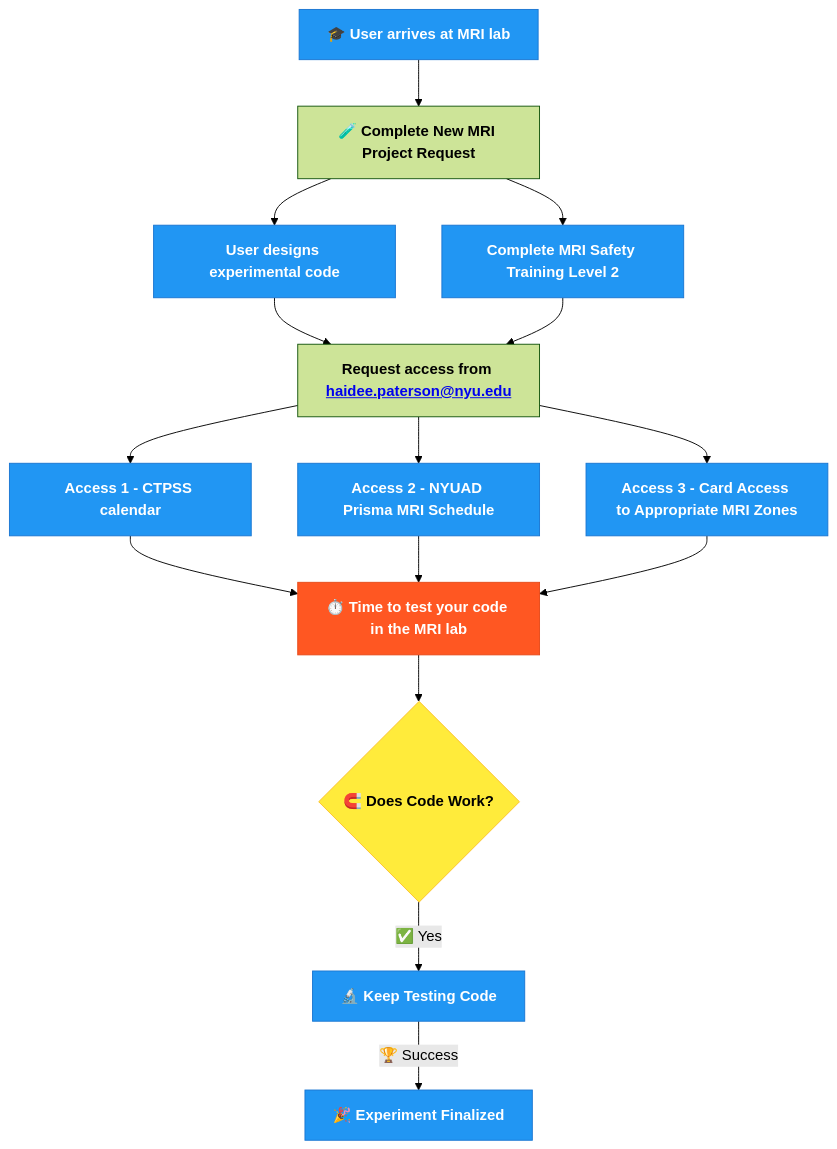
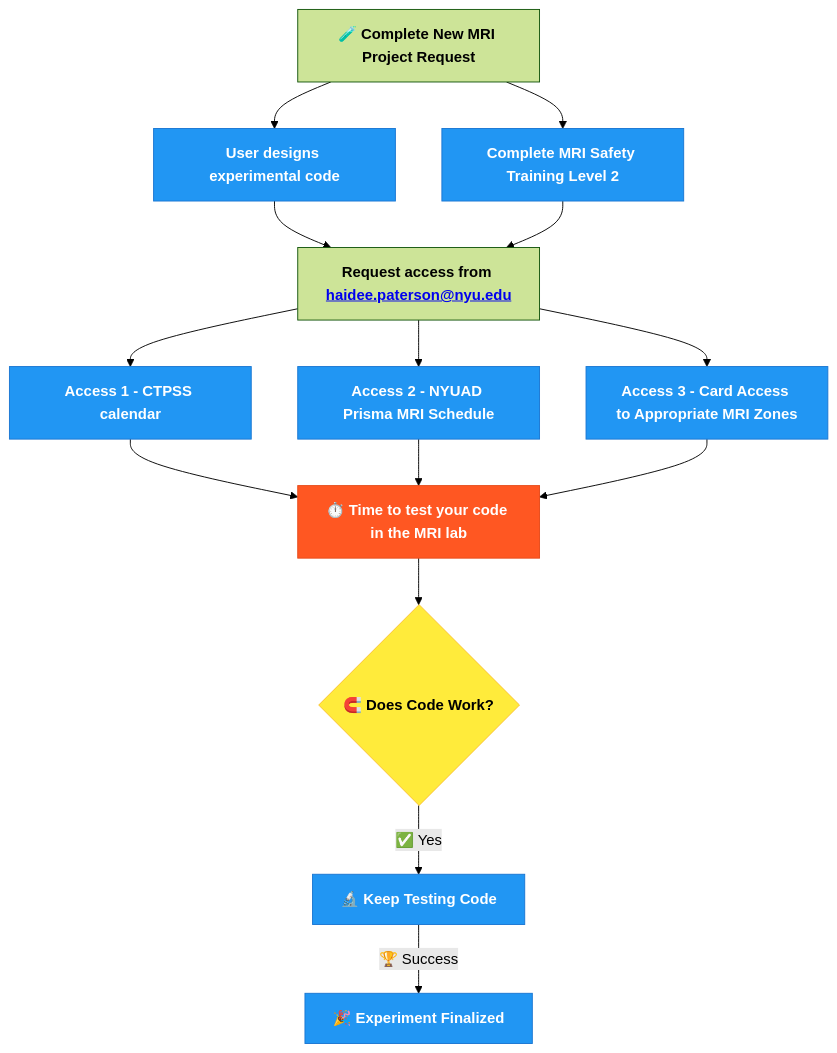
Before and after one commit to BioMedicalImaging-Core-NYUAD/brainimaging-lab-documentation: the diagram in docs/source/1-lab_overview/3-process_diagram.rst, drawn with Mermaid (forest theme).

Commit message:
added link

```diff
--- a/docs/source/1-lab_overview/3-process_diagram.rst
+++ b/docs/source/1-lab_overview/3-process_diagram.rst
@@ -5,33 +5,33 @@
 .. mermaid::
 
   graph TD;
-    A[🎓 <b>User arrives at MRI lab</b>] --> B[🧪 <b>Complete New MRI Project Request</b>];
+    B[🧪 <b>Complete New MRI Project Request</b>];
     B --> C[<b>User designs experimental code</b>];
     B --> D[<b>Complete MRI Safety Training Level 2</b>];
     C --> E[<b>Request access from <a href="mailto:haidee.paterson@nyu.edu">haidee.paterson@nyu.edu</a></b>];
     D --> E;
     E --> F[<b>Access 1 - CTPSS calendar</b>];
     E --> G[<b>Access 2 - NYUAD Prisma MRI Schedule</b>];
     E --> H[<b>Access 3 - Card Access to Appropriate MRI Zones</b>];
     F --> I[⏱️ <b>Time to test your code in the MRI lab</b>];
     G --> I;
     H --> I;
     I --> J{🧲️ <b>Does Code Work?</b>};
     J --✅ Yes --> K[🔬 <b>Keep Testing Code</b>];
     K -->|🏆 Success| L[🎉 <b>Experiment Finalized</b>];
 
     %% Clickable Nodes
     click B "https://drive.google.com/file/d/10Py1KSAsktpCjU6c3lLuWLqVL2a5ofee/view?usp=drive_link"
     click D "https://app.imagingu.com/courses/personnel-group-ii-yearly"
     click E "mailto:haidee.paterson@nyu.edu" "Email haidee.paterson@nyu.edu"
     click F "https://corelabs.abudhabi.nyu.edu/"
 
     %% Style Definitions
     classDef success fill:#4CAF50,stroke:#2E7D32,color:#fff;
     classDef decision fill:#FFEB3B,stroke:#FBC02D,color:#000;
     classDef process fill:#2196F3,stroke:#1976D2,color:#fff;
     classDef warning fill:#FF5722,stroke:#E64A19,color:#fff;
 
-    class A,C,D,F,G,H,K,L process;
+    class C,D,F,G,H,K,L process;
     class I warning;
     class J decision;
```
